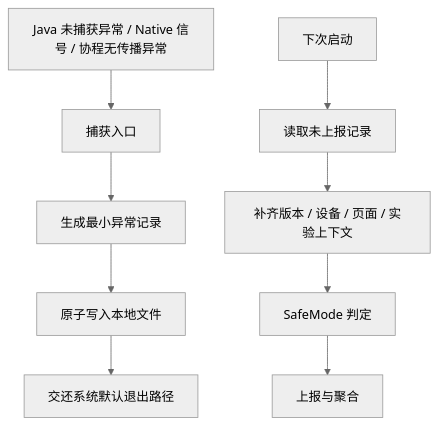
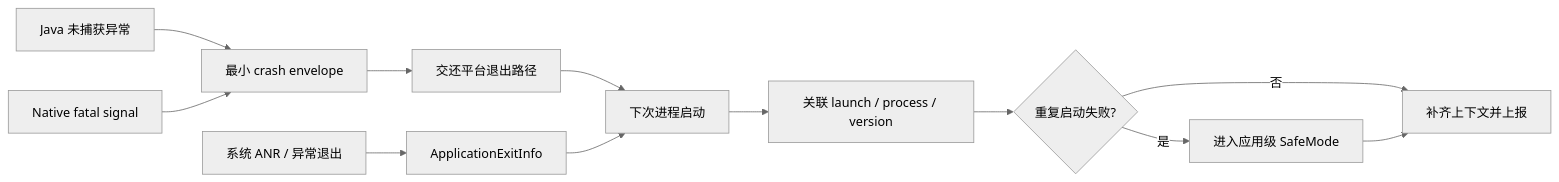
The first of 2 diagrams in src/part5-app/ch20-stability/07-exception-architecture.md (Gracker/android-internals-wiki), drawn with Mermaid (neutral theme) before and after one commit. The commit also changed other lines of this file, not shown here.

Commit message:
review: rebuild exception recovery architecture for Android 17

````diff
--- a/src/part5-app/ch20-stability/07-exception-architecture.md
+++ b/src/part5-app/ch20-stability/07-exception-architecture.md
@@ -81,11 +83,14 @@
 ```mermaid
-flowchart TD
-  A[Java 未捕获异常 / Native 信号 / 协程无传播异常] --> B[捕获入口]
-  B --> C[生成最小异常记录]
-  C --> D[原子写入本地文件]
-  D --> E[交还系统默认退出路径]
-  F[下次启动] --> G[读取未上报记录]
-  G --> H[补齐版本 / 设备 / 页面 / 实验上下文]
-  H --> I[SafeMode 判定]
-  I --> J[上报与聚合]
+flowchart LR
+  A["Java 未捕获异常"] --> D["最小 crash envelope"]
+  B["Native fatal signal"] --> D
+  C["系统 ANR / 异常退出"] --> E["ApplicationExitInfo"]
+  D --> F["交还平台退出路径"]
+  F --> G["下次进程启动"]
+  E --> G
+  G --> H["关联 launch / process / version"]
+  H --> I{"重复启动失败?"}
+  I -->|否| J["补齐上下文并上报"]
+  I -->|是| K["进入应用级 SafeMode"]
+  K --> J
 ```
````
